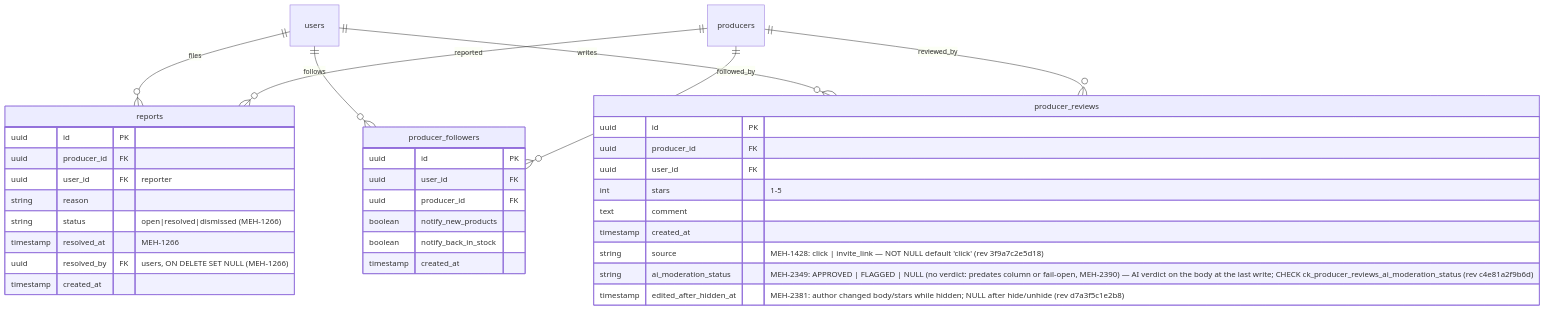
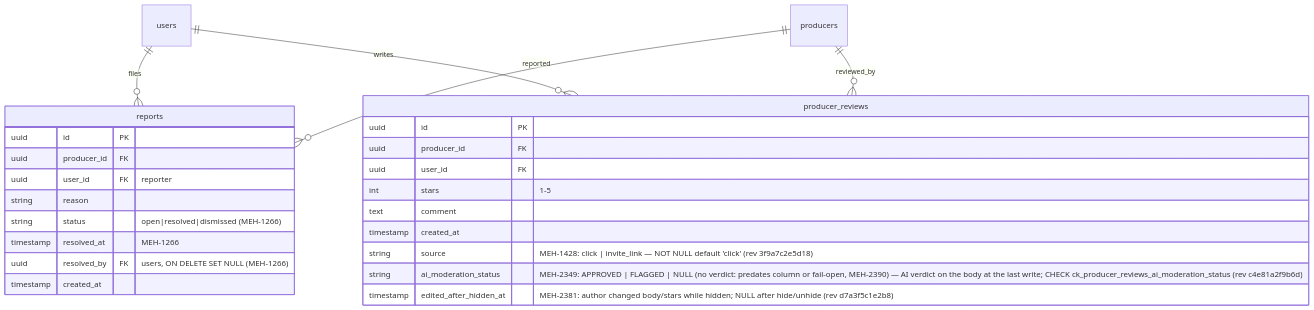
One commit to levismadar80-ship-it/FoodMamkor changed the third of 4 diagrams in .ai/diagrams/db-schema.md. Above: the diagram before and after it, drawn with Mermaid. The commit also changed other lines of this file and 22 other files, not shown here.

````diff
--- a/.ai/diagrams/db-schema.md
+++ b/.ai/diagrams/db-schema.md
@@ -272,41 +272,30 @@
 ```mermaid
 erDiagram
     users ||--o{ reports : "files"
-    users ||--o{ producer_followers : "follows"
     users ||--o{ producer_reviews : "writes"
     producers ||--o{ reports : "reported"
-    producers ||--o{ producer_followers : "followed_by"
     producers ||--o{ producer_reviews : "reviewed_by"
 
     reports {
         uuid id PK
         uuid producer_id FK
         uuid user_id FK "reporter"
         string reason
         string status "open|resolved|dismissed (MEH-1266)"
         timestamp resolved_at "MEH-1266"
         uuid resolved_by FK "users, ON DELETE SET NULL (MEH-1266)"
-        timestamp created_at
-    }
-
-    producer_followers {
-        uuid id PK
-        uuid user_id FK
-        uuid producer_id FK
-        boolean notify_new_products
-        boolean notify_back_in_stock
         timestamp created_at
     }
 
     producer_reviews {
         uuid id PK
         uuid producer_id FK
         uuid user_id FK
         int stars "1-5"
         text comment
         timestamp created_at
         string source "MEH-1428: click | invite_link — NOT NULL default 'click' (rev 3f9a7c2e5d18)"
         string ai_moderation_status "MEH-2349: APPROVED | FLAGGED | NULL (no verdict: predates column or fail-open, MEH-2390) — AI verdict on the body at the last write; CHECK ck_producer_reviews_ai_moderation_status (rev c4e81a2f9b6d)"
         timestamp edited_after_hidden_at "MEH-2381: author changed body/stars while hidden; NULL after hide/unhide (rev d7a3f5c1e2b8)"
     }
 ```
````
